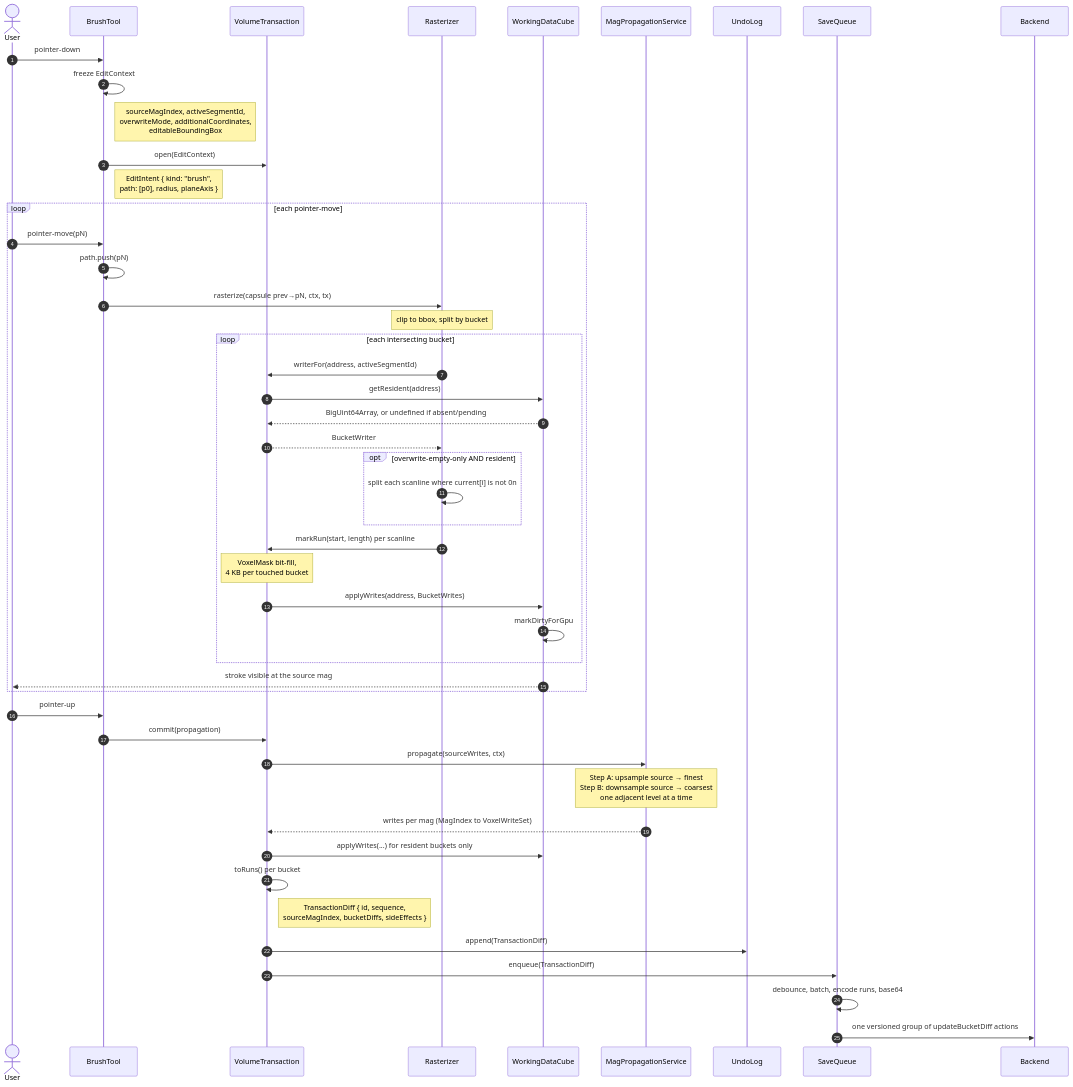
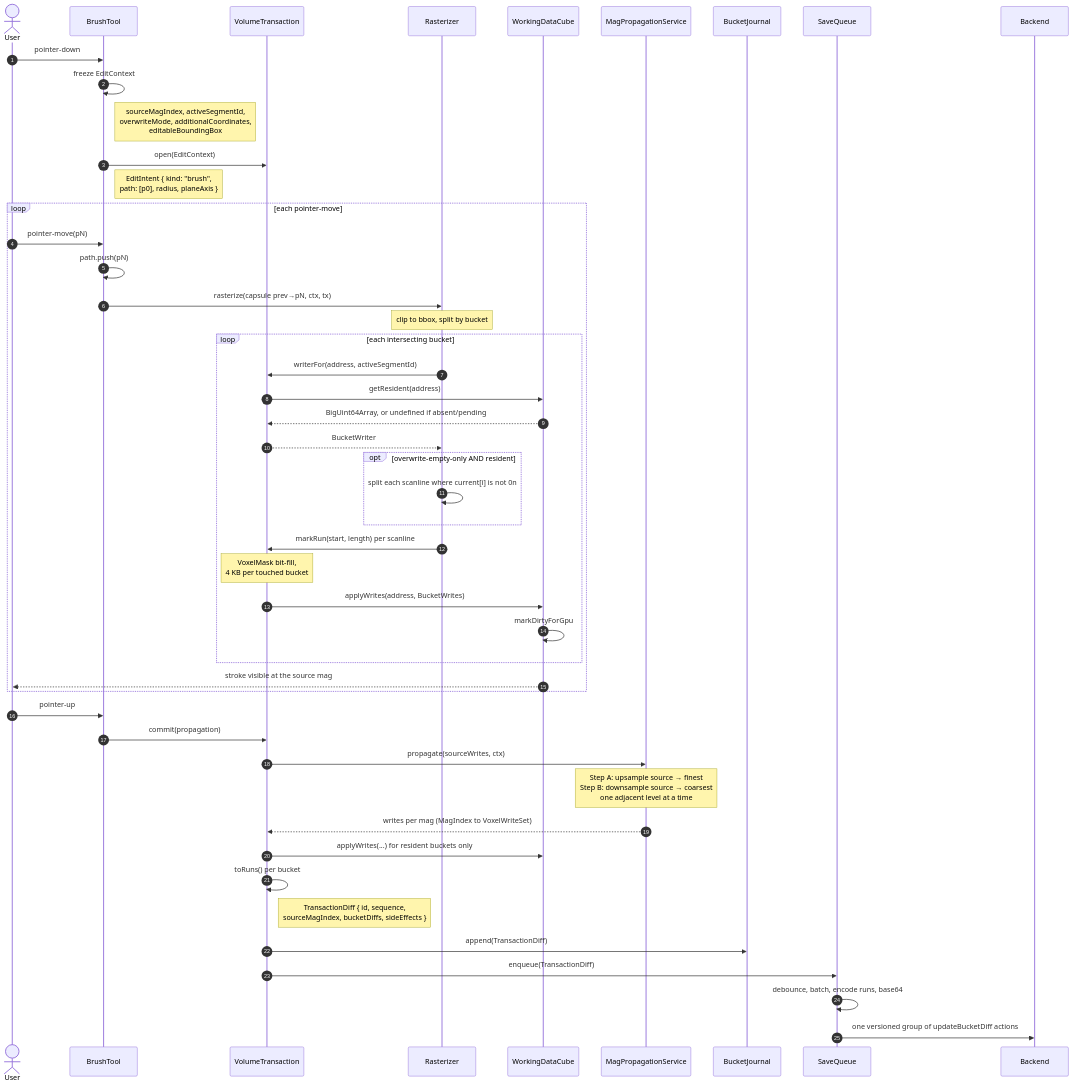
Before and after one commit to scalableminds/webknossos: the diagram in design/volume_annotation_architecture.md, drawn with Mermaid. The commit also changed other lines of this file, not shown here.

Commit message:
clarify what happens when a fetched bucket arrives

````diff
--- a/design/volume_annotation_architecture.md
+++ b/design/volume_annotation_architecture.md
@@ -805,53 +854,53 @@
 ```mermaid
 sequenceDiagram
   autonumber
   actor U as User
   participant B as BrushTool
   participant T as VolumeTransaction
   participant R as Rasterizer
   participant C as WorkingDataCube
   participant P as MagPropagationService
-  participant L as UndoLog
+  participant L as BucketJournal
   participant S as SaveQueue
   participant K as Backend
 
   U->>B: pointer-down
   B->>B: freeze EditContext
   Note right of B: sourceMagIndex, activeSegmentId,<br/>overwriteMode, additionalCoordinates,<br/>editableBoundingBox
   B->>T: open(EditContext)
   Note right of B: EditIntent { kind: "brush",<br/>path: [p0], radius, planeAxis }
 
   loop each pointer-move
     U->>B: pointer-move(pN)
     B->>B: path.push(pN)
     B->>R: rasterize(capsule prev→pN, ctx, tx)
     Note over R: clip to bbox, split by bucket
     loop each intersecting bucket
       R->>T: writerFor(address, activeSegmentId)
       T->>C: getResident(address)
       C-->>T: BigUint64Array, or undefined if absent/pending
       T-->>R: BucketWriter
       opt overwrite-empty-only AND resident
         R->>R: split each scanline where current[i] is not 0n
       end
       R->>T: markRun(start, length) per scanline
       Note over T: VoxelMask bit-fill,<br/>4 KB per touched bucket
       T->>C: applyWrites(address, BucketWrites)
       C->>C: markDirtyForGpu
     end
     C-->>U: stroke visible at the source mag
   end
 
   U->>B: pointer-up
   B->>T: commit(propagation)
   T->>P: propagate(sourceWrites, ctx)
   Note over P: Step A: upsample source → finest<br/>Step B: downsample source → coarsest<br/>one adjacent level at a time
   P-->>T: writes per mag (MagIndex to VoxelWriteSet)
   T->>C: applyWrites(...) for resident buckets only
   T->>T: toRuns() per bucket
   Note right of T: TransactionDiff { id, sequence,<br/>sourceMagIndex, bucketDiffs, sideEffects }
   T->>L: append(TransactionDiff)
   T->>S: enqueue(TransactionDiff)
   S->>S: debounce, batch, encode runs, base64
   S->>K: one versioned group of updateBucketDiff actions
 ```
````
